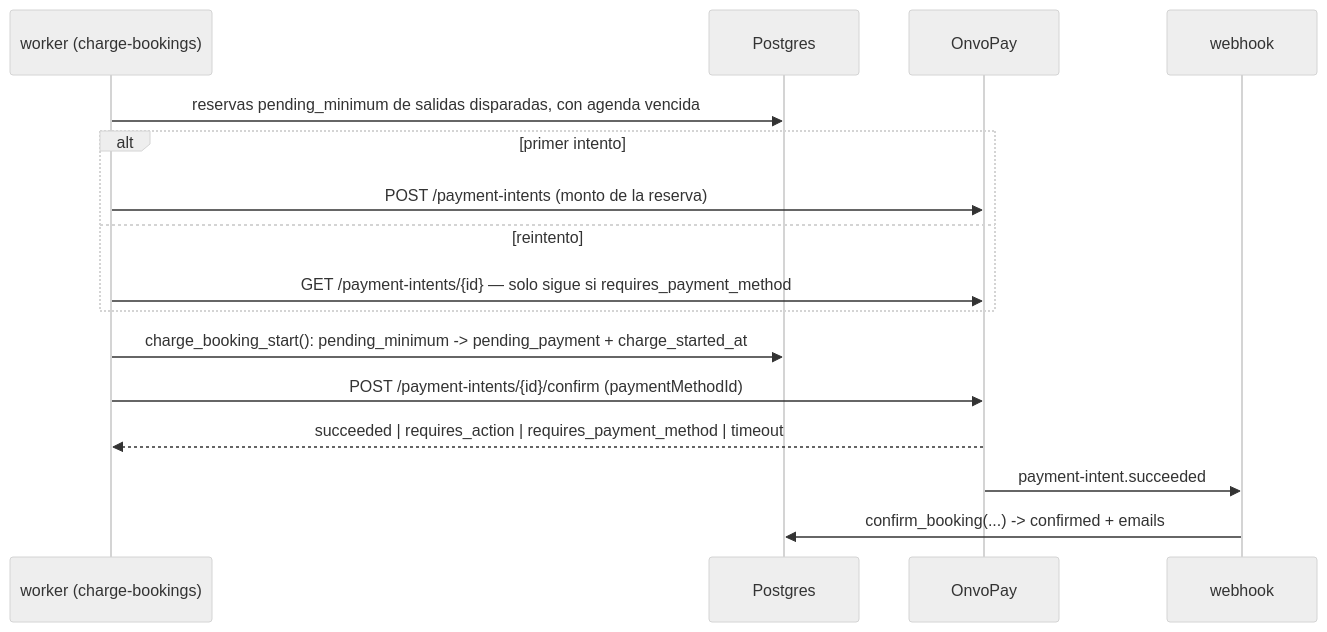
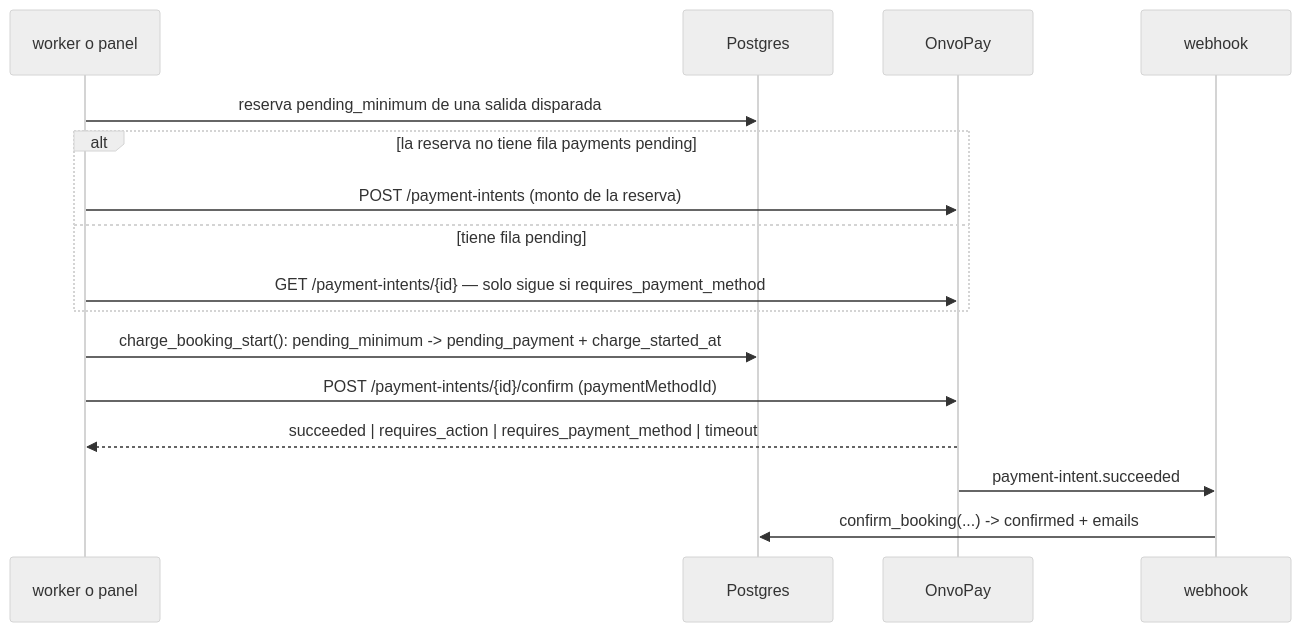
The first of 2 diagrams in docs/specs/0029-cupo-minimo-y-cobro-diferido.md (KthArg/boka-reservations), drawn with Mermaid (neutral theme) before and after one commit. The commit also changed other lines of this file, not shown here.

````diff
--- a/docs/specs/0029-cupo-minimo-y-cobro-diferido.md
+++ b/docs/specs/0029-cupo-minimo-y-cobro-diferido.md
@@ -133,19 +133,19 @@
 ```mermaid
 sequenceDiagram
-    participant W as worker (charge-bookings)
+    participant W as worker o panel
     participant DB as Postgres
     participant O as OnvoPay
     participant H as webhook
 
-    W->>DB: reservas pending_minimum de salidas disparadas, con agenda vencida
-    alt primer intento
+    W->>DB: reserva pending_minimum de una salida disparada
+    alt la reserva no tiene fila payments pending
         W->>O: POST /payment-intents (monto de la reserva)
-    else reintento
+    else tiene fila pending
         W->>O: GET /payment-intents/{id} — solo sigue si requires_payment_method
     end
     W->>DB: charge_booking_start(): pending_minimum -> pending_payment + charge_started_at
     W->>O: POST /payment-intents/{id}/confirm (paymentMethodId)
     O-->>W: succeeded | requires_action | requires_payment_method | timeout
     O->>H: payment-intent.succeeded
     H->>DB: confirm_booking(...) -> confirmed + emails
 ```
````
